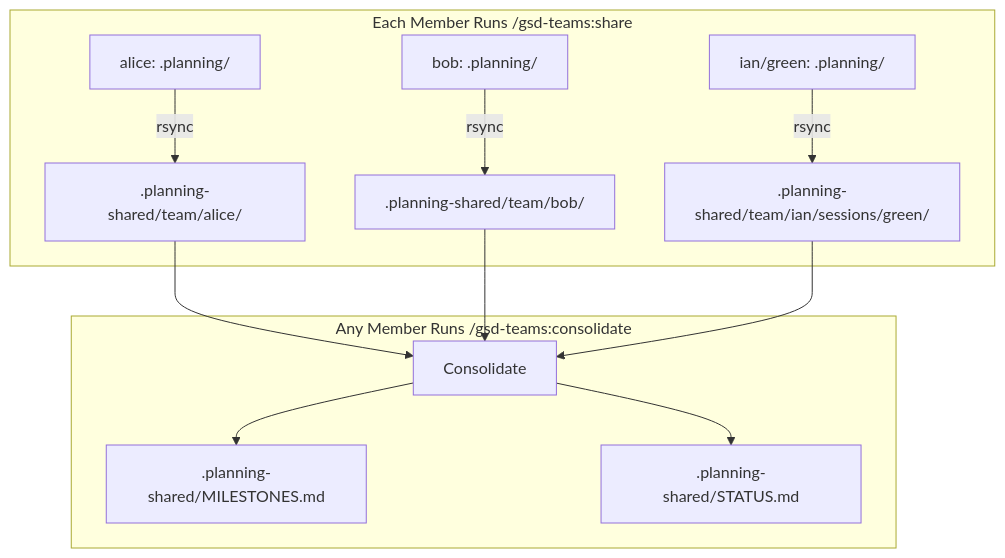
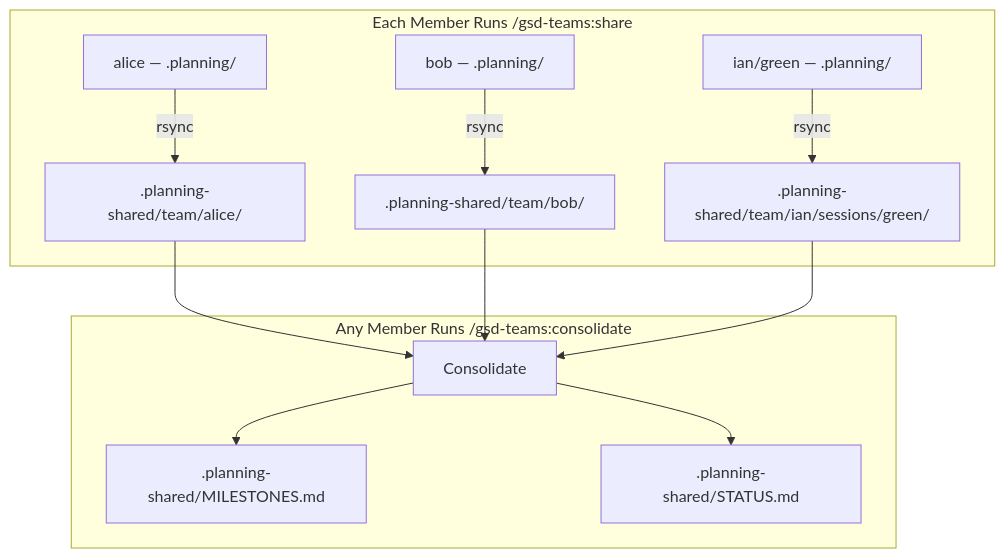
The diagram in README.md (ianwsperber/gsd-teams), drawn with Mermaid before and after one commit. The commit also changed other lines of this file, not shown here.

Commit message:
docs: fix mermaid colon escaping, add command flags, clarify .planning-shared/

````diff
--- a/README.md
+++ b/README.md
@@ -44,14 +44,14 @@
 ```mermaid
 flowchart TD
-    subgraph "Each Member Runs /gsd-teams:share"
-        P1["alice: .planning/"] -->|rsync| S1[".planning-shared/team/alice/"]
-        P2["bob: .planning/"] -->|rsync| S2[".planning-shared/team/bob/"]
-        P3["ian/green: .planning/"] -->|rsync| S3[".planning-shared/team/ian/sessions/green/"]
+    subgraph share ["Each Member Runs /gsd-teams#colon;share"]
+        P1["alice — .planning/"] -->|rsync| S1[".planning-shared/team/alice/"]
+        P2["bob — .planning/"] -->|rsync| S2[".planning-shared/team/bob/"]
+        P3["ian/green — .planning/"] -->|rsync| S3[".planning-shared/team/ian/sessions/green/"]
     end
 
-    subgraph "Any Member Runs /gsd-teams:consolidate"
+    subgraph consolidate ["Any Member Runs /gsd-teams#colon;consolidate"]
         S1 & S2 & S3 --> C[Consolidate]
         C --> M[".planning-shared/MILESTONES.md"]
         C --> ST[".planning-shared/STATUS.md"]
     end
 ```
````
